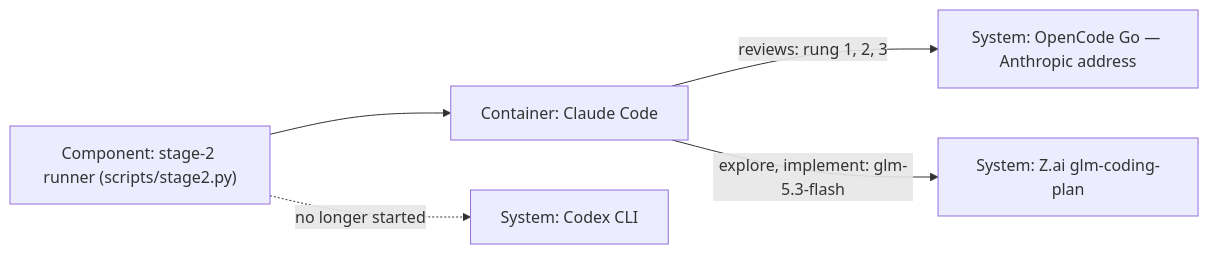
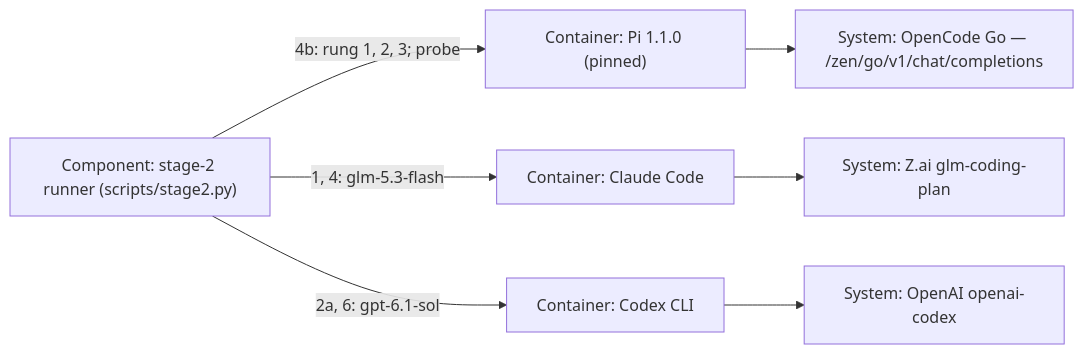
The diagram in plans/changes/stage2-mimo/design.md (bicycle-brakes/monotrope), drawn with Mermaid before and after one commit. The commit also changed other lines of this file and 6 other files, not shown here.

````diff
--- a/plans/changes/stage2-mimo/design.md
+++ b/plans/changes/stage2-mimo/design.md
@@ -327,12 +366,16 @@
 ```mermaid
 flowchart LR
     runner["Component: stage-2 runner (scripts/stage2.py)"]
+    pi["Container: Pi 1.1.0 (pinned)"]
     claude["Container: Claude Code"]
-    opencode["System: OpenCode Go — Anthropic address"]
+    codexcli["Container: Codex CLI"]
+    opencode["System: OpenCode Go — /zen/go/v1/chat/completions"]
     glm["System: Z.ai glm-coding-plan"]
-    codex["System: Codex CLI"]
-    runner --> claude
-    claude -->|"reviews: rung 1, 2, 3"| opencode
-    claude -->|"explore, implement: glm-5.3-flash"| glm
-    runner -. "no longer started" .-> codex
+    openai["System: OpenAI openai-codex"]
+    runner -->|"4b: rung 1, 2, 3; probe"| pi
+    pi --> opencode
+    runner -->|"1, 4: glm-5.3-flash"| claude
+    claude --> glm
+    runner -->|"2a, 6: gpt-6.1-sol"| codexcli
+    codexcli --> openai
 ```
````
